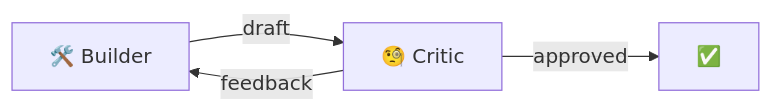
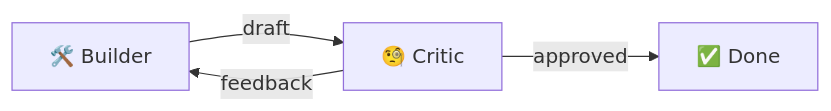
Before and after one commit to Axmann8/AI_For_Advanced_Beginners: the third of 4 diagrams in manual/part-5-building-with-ai/39-multi-agent-systems.md, drawn with Mermaid. The commit also changed other lines of this file and 16 other files, not shown here.

````diff
--- a/manual/part-5-building-with-ai/39-multi-agent-systems.md
+++ b/manual/part-5-building-with-ai/39-multi-agent-systems.md
@@ -46,6 +95,6 @@
 ```mermaid
 flowchart LR
     B[🛠️ Builder] -->|draft| C[🧐 Critic]
     C -->|feedback| B
-    C -->|approved| Done[✅]
+    C -->|approved| Done[✅ Done]
 ```
````
